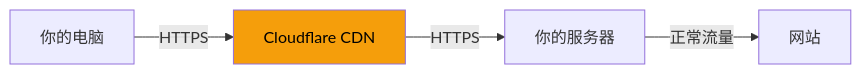
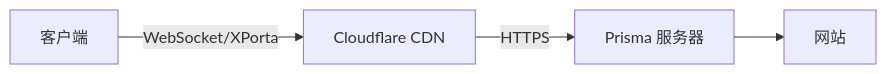
Before and after one commit to prisma-proxy/prisma: the first of 3 diagrams in prisma-docs/i18n/zh-Hans/docusaurus-plugin-content-docs-guide/current/advanced-setup.md, drawn with Mermaid. The commit also changed other lines of this file and 37 other files, not shown here.

First line of the commit message:
docs: rewrite guide with 30+ Mermaid diagrams, fix multi-instance config

````diff
--- a/prisma-docs/i18n/zh-Hans/docusaurus-plugin-content-docs-guide/current/advanced-setup.md
+++ b/prisma-docs/i18n/zh-Hans/docusaurus-plugin-content-docs-guide/current/advanced-setup.md
@@ -168,8 +9,6 @@
 ```mermaid
 graph LR
-    A["你的电脑"] -->|"HTTPS"| B["Cloudflare CDN"]
-    B -->|"HTTPS"| C["你的服务器"]
-    C -->|"正常流量"| D["网站"]
-
-    style B fill:#f59e0b,color:#000
+    CL["客户端"] -->|"WebSocket/XPorta"| CF["Cloudflare CDN"]
+    CF -->|"HTTPS"| SV["Prisma 服务器"]
+    SV --> WEB["网站"]
 ```
````
